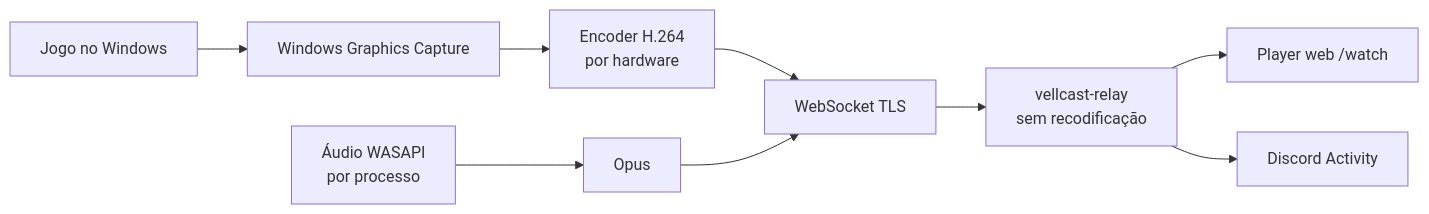
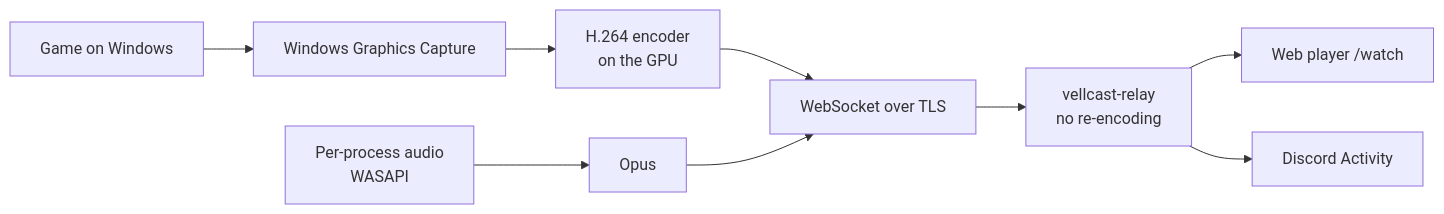
Before and after one commit to nextestudios/Vellcast: the diagram in README.md, drawn with Mermaid. The commit also changed other lines of this file and 50 other files, not shown here.

````diff
--- a/README.md
+++ b/README.md
@@ -67,11 +57,11 @@
 ```mermaid
 flowchart LR
-    G[Jogo no Windows] --> C[Windows Graphics Capture]
-    C --> E[Encoder H.264<br/>por hardware]
-    A[Áudio WASAPI<br/>por processo] --> O[Opus]
-    E --> T[WebSocket TLS]
+    G[Game on Windows] --> C[Windows Graphics Capture]
+    C --> E[H.264 encoder<br/>on the GPU]
+    A[Per-process audio<br/>WASAPI] --> O[Opus]
+    E --> T[WebSocket over TLS]
     O --> T
-    T --> R[vellcast-relay<br/>sem recodificação]
-    R --> W[Player web /watch]
+    T --> R[vellcast-relay<br/>no re-encoding]
+    R --> W[Web player /watch]
     R --> D[Discord Activity]
 ```
````
